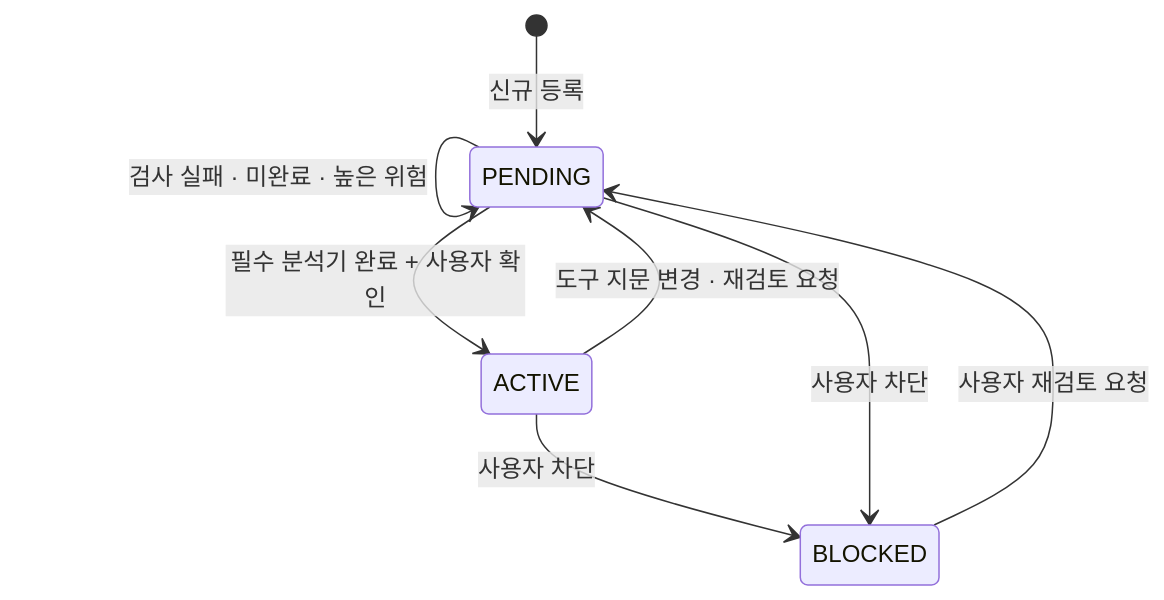
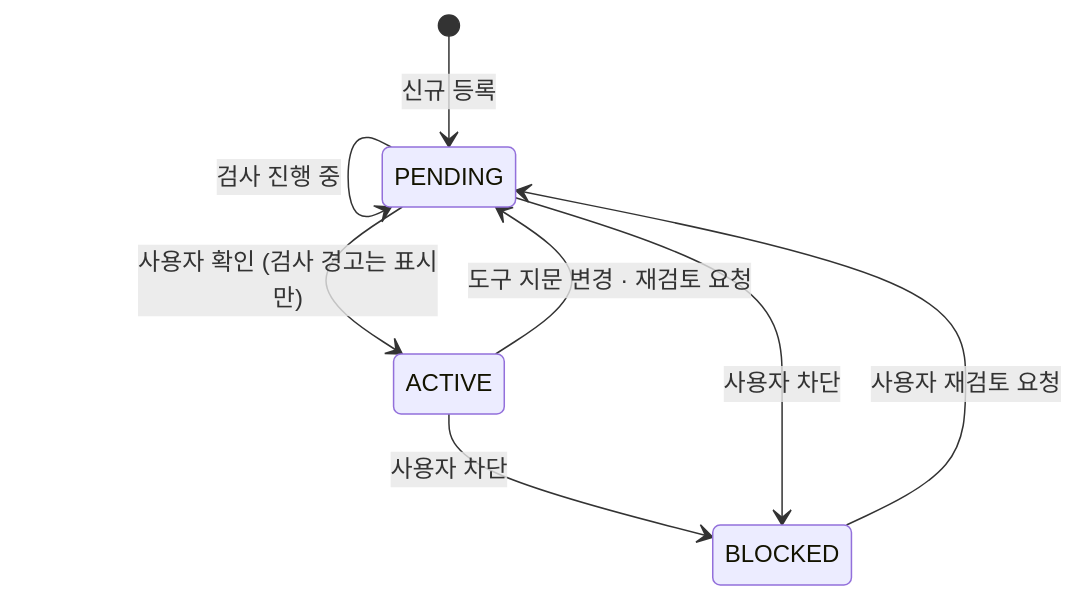
The fifth of 5 diagrams in docs/technical-design.md (hsminu/MCP-Runtime-Guard), drawn with Mermaid before and after one commit. The commit also changed other lines of this file and 1 other file, not shown here.

````diff
--- a/docs/technical-design.md
+++ b/docs/technical-design.md
@@ -1249,10 +1247,10 @@
 ```mermaid
 stateDiagram-v2
     [*] --> PENDING: 신규 등록
-    PENDING --> PENDING: 검사 실패 · 미완료 · 높은 위험
-    PENDING --> ACTIVE: 필수 분석기 완료 + 사용자 확인
+    PENDING --> PENDING: 검사 진행 중
+    PENDING --> ACTIVE: 사용자 확인 (검사 경고는 표시만)
     ACTIVE --> PENDING: 도구 지문 변경 · 재검토 요청
     ACTIVE --> BLOCKED: 사용자 차단
     PENDING --> BLOCKED: 사용자 차단
     BLOCKED --> PENDING: 사용자 재검토 요청
 ```
````
